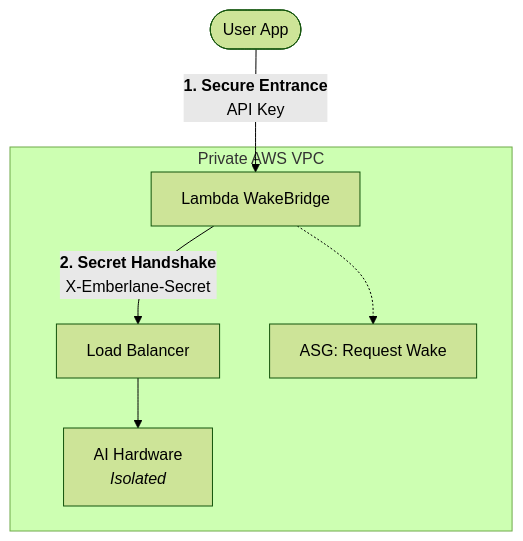
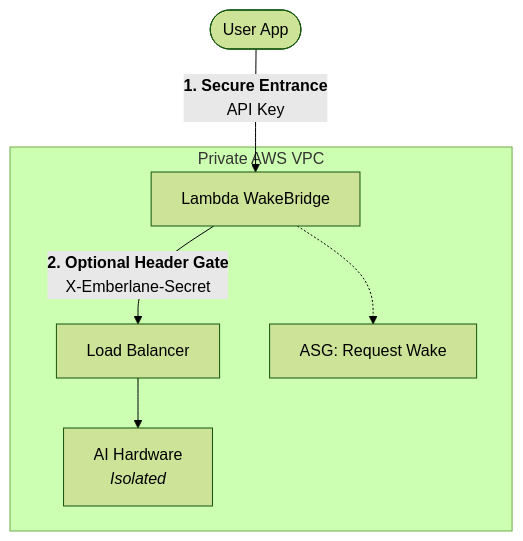
Before and after one commit to anishk123/emberlane: the diagram in README.md, drawn with Mermaid (forest theme). The commit also changed other lines of this file and 23 other files, not shown here.

````diff
--- a/README.md
+++ b/README.md
@@ -55,9 +63,9 @@
 ```mermaid
 graph TD
     Client([User App]) -- "<b>1. Secure Entrance</b><br/>API Key" --> Lambda[Lambda WakeBridge]
     subgraph "Private AWS VPC"
-        Lambda -- "<b>2. Secret Handshake</b><br/>X-Emberlane-Secret" --> ALB[Load Balancer]
+        Lambda -- "<b>2. Optional Header Gate</b><br/>X-Emberlane-Secret" --> ALB[Load Balancer]
         Lambda -.-> ASG[ASG: Request Wake]
         ALB --> EC2[AI Hardware <br/><i>Isolated</i>]
     end
 ```
````
